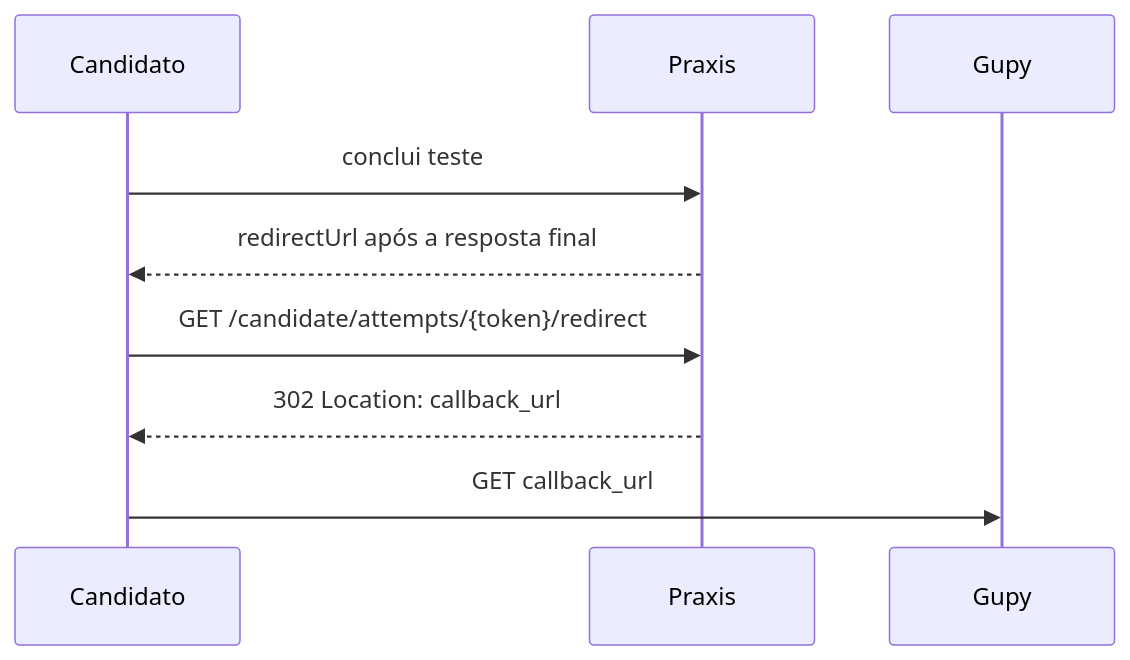
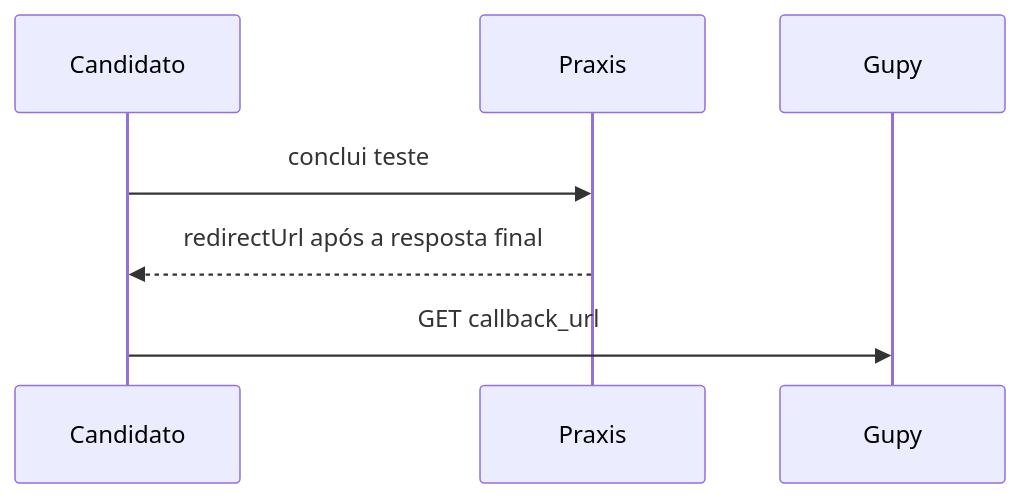
Before and after one commit to diogo2806/praxis: the second of 2 diagrams in docs/INTEGRACAO-GUPY-PROVEDOR.md, drawn with Mermaid. The commit also changed other lines of this file and 7 other files, not shown here.

````diff
--- a/docs/INTEGRACAO-GUPY-PROVEDOR.md
+++ b/docs/INTEGRACAO-GUPY-PROVEDOR.md
@@ -242,12 +242,10 @@
 ```mermaid
 sequenceDiagram
   participant Candidato
   participant Praxis
   participant Gupy
 
   Candidato->>Praxis: conclui teste
   Praxis-->>Candidato: redirectUrl após a resposta final
-  Candidato->>Praxis: GET /candidate/attempts/{token}/redirect
-  Praxis-->>Candidato: 302 Location: callback_url
   Candidato->>Gupy: GET callback_url
 ```
````
